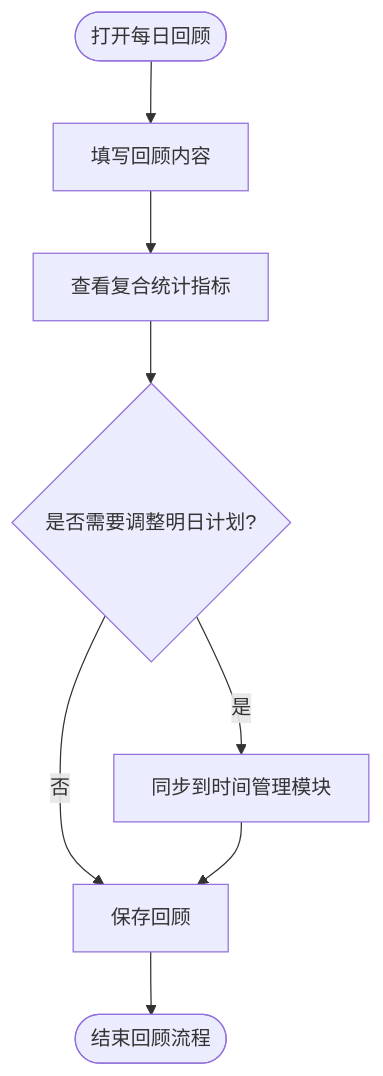
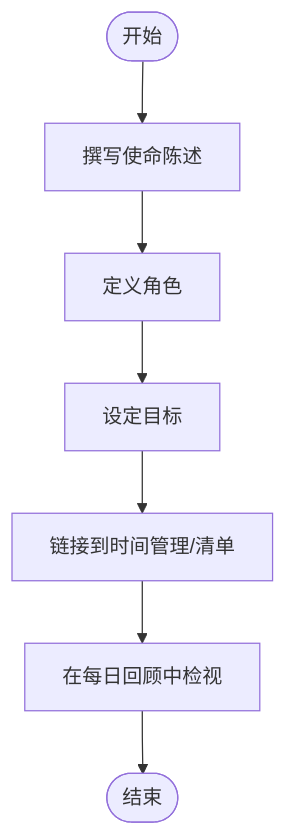
The seventh of 8 diagrams in .qoder/repowiki/zh/content/项目概述/项目介绍.md (gzdxhujiale/FishWorker), drawn with Mermaid before and after one commit. The commit also changed other lines of this file and 238 other files, not shown here.

````diff
--- a/.qoder/repowiki/zh/content/项目概述/项目介绍.md
+++ b/.qoder/repowiki/zh/content/项目概述/项目介绍.md
@@ -272,10 +332,9 @@
 ```mermaid
 flowchart TD
-Open(["打开每日回顾"]) --> Edit["填写回顾内容"]
-Edit --> Stats["查看复合统计指标"]
-Stats --> Decide{"是否需要调整明日计划?"}
-Decide --> |是| Sync["同步到时间管理模块"]
-Decide --> |否| Save["保存回顾"]
-Sync --> Save
-Save --> Close(["结束回顾流程"])
+MStart(["开始"]) --> Write["撰写使命陈述"]
+Write --> Roles["定义角色"]
+Roles --> Goals["设定目标"]
+Goals --> LinkPlan["链接到时间管理/清单"]
+LinkPlan --> Review["在每日回顾中检视"]
+Review --> MEnd(["结束"])
 ```
````
